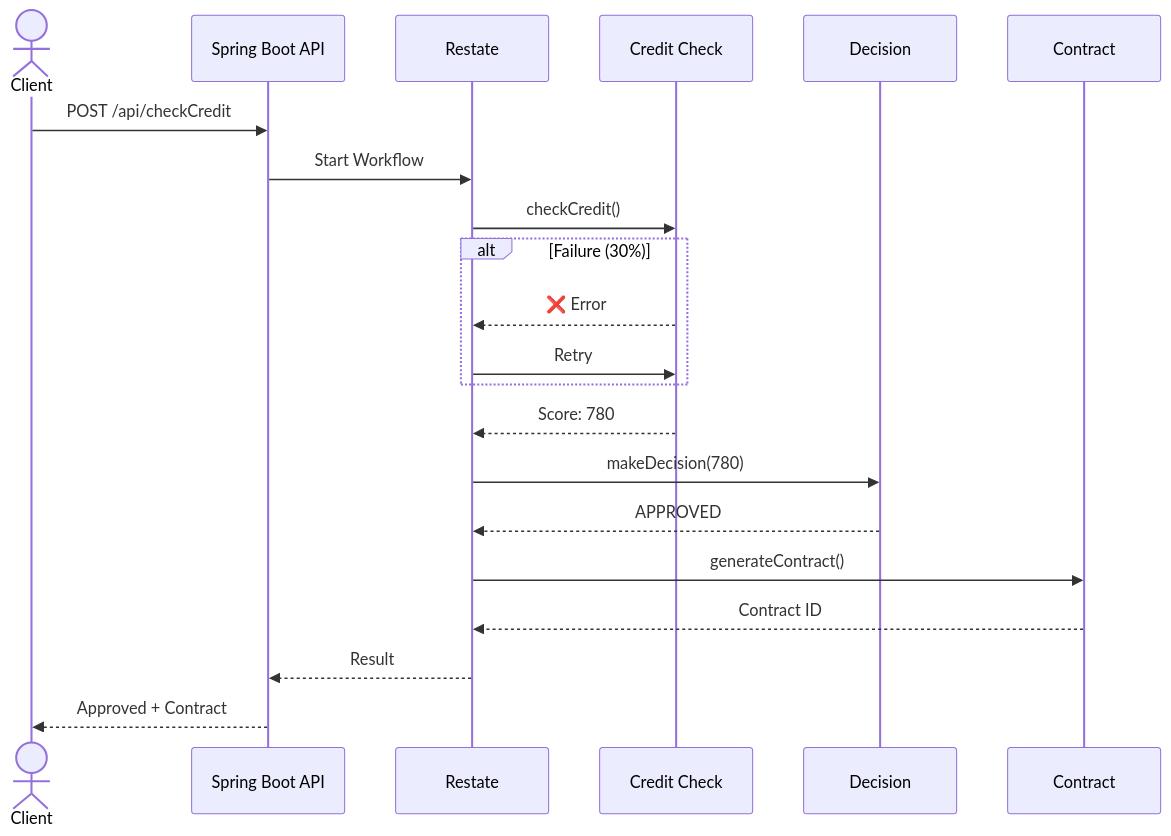
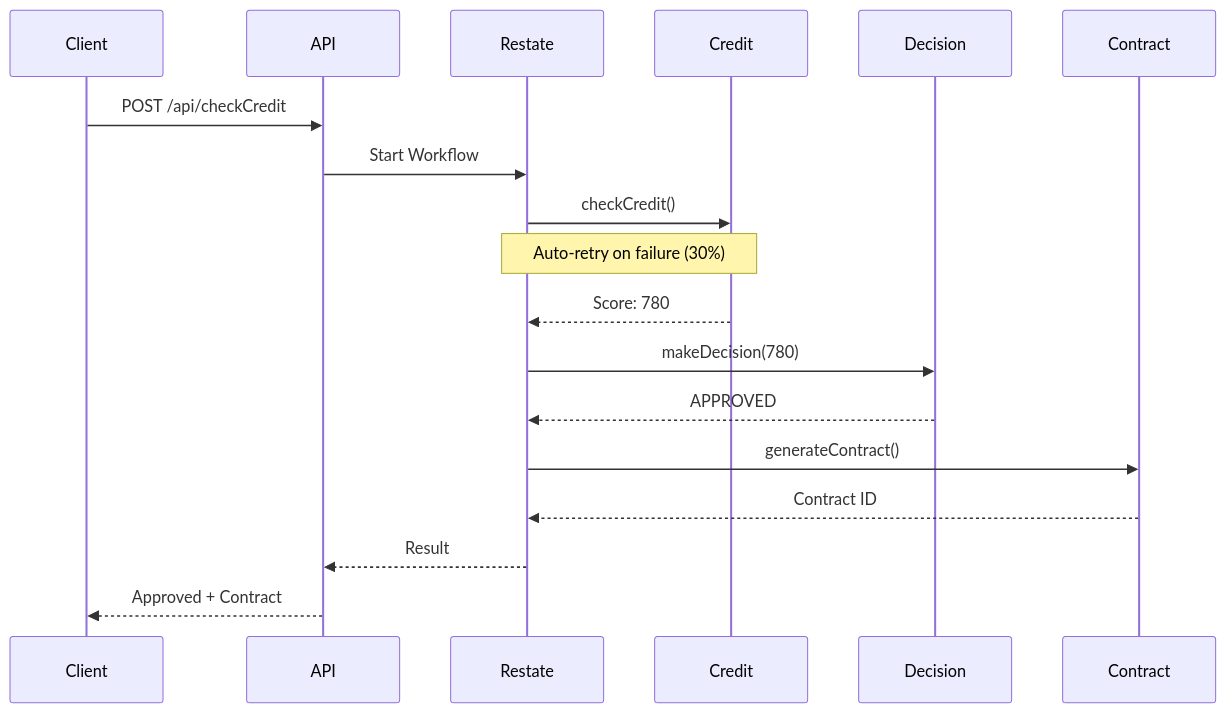
One commit to Gammanik/restate-poc changed the second of 2 diagrams in README.md. Above: the diagram before and after it, drawn with Mermaid. The commit also changed other lines of this file and 2 other files, not shown here.

Commit message:
add gitmodule restate-loan-poc

````diff
--- a/README.md
+++ b/README.md
@@ -95,28 +70,14 @@
 ```mermaid
 sequenceDiagram
-    actor Client
-    participant API as Spring Boot API
-    participant Restate
-    participant Credit as Credit Check
-    participant Decision
-    participant Contract
-
     Client->>API: POST /api/checkCredit
     API->>Restate: Start Workflow
-
     Restate->>Credit: checkCredit()
-    alt Failure (30%)
-        Credit-->>Restate: ❌ Error
-        Restate->>Credit: Retry
-    end
+    Note over Restate,Credit: Auto-retry on failure (30%)
     Credit-->>Restate: Score: 780
-
     Restate->>Decision: makeDecision(780)
     Decision-->>Restate: APPROVED
-
     Restate->>Contract: generateContract()
     Contract-->>Restate: Contract ID
-
     Restate-->>API: Result
     API-->>Client: Approved + Contract
 ```
````
